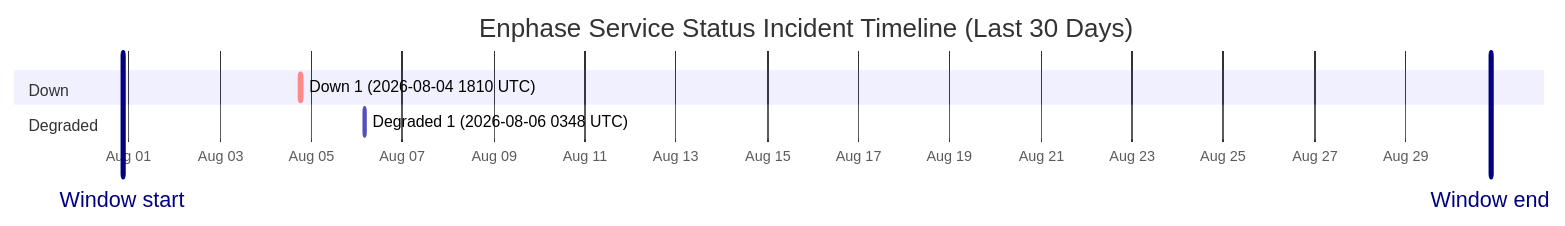
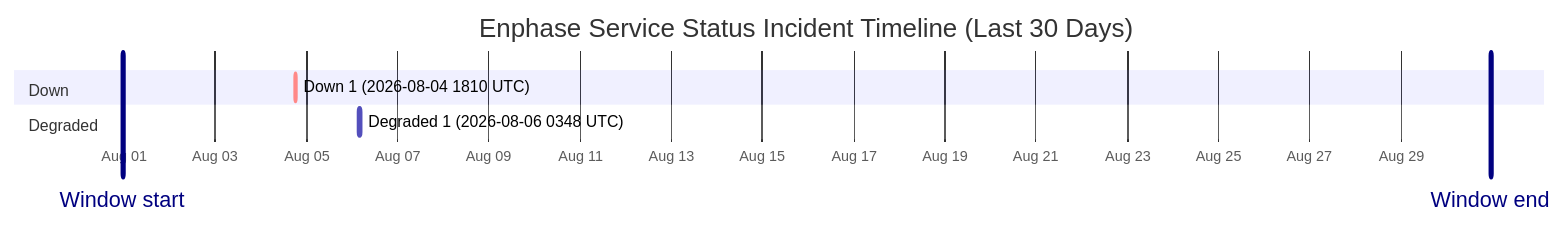
The diagram in wiki/Service-Status-History.md (barneyonline/ha-enphase-energy), drawn with Mermaid before and after one commit. The commit also changed other lines of this file and 3 other files, not shown here.

````diff
--- a/wiki/Service-Status-History.md
+++ b/wiki/Service-Status-History.md
@@ -14,12 +14,12 @@
 ```mermaid
 gantt
     title Enphase Service Status Incident Timeline (Last 30 Days)
     dateFormat  YYYY-MM-DDTHH:mm:ss
     axisFormat  %b %d
-    Window start :vert, window-start, 2026-07-31T20:35:25, 0ms
-    Window end :vert, window-end, 2026-08-30T20:35:25, 0ms
+    Window start :vert, window-start, 2026-07-31T23:11:00, 0ms
+    Window end :vert, window-end, 2026-08-30T23:11:00, 0ms
     section Down
     Down 1 (2026-08-04 1810 UTC) :crit, down-1, 2026-08-04T18:10:46, 60m
     section Degraded
     Degraded 1 (2026-08-06 0348 UTC) :active, degraded-1, 2026-08-06T03:48:14, 60m
 ```
````
